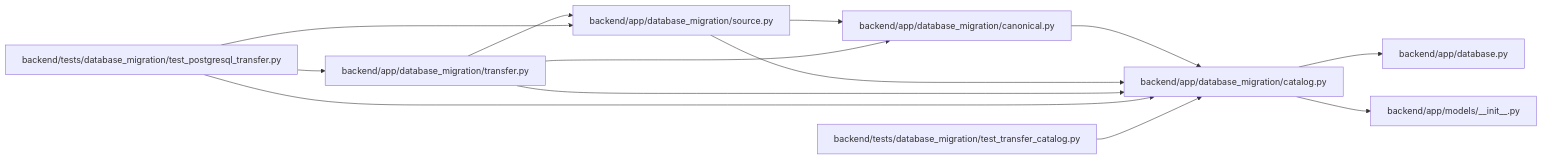
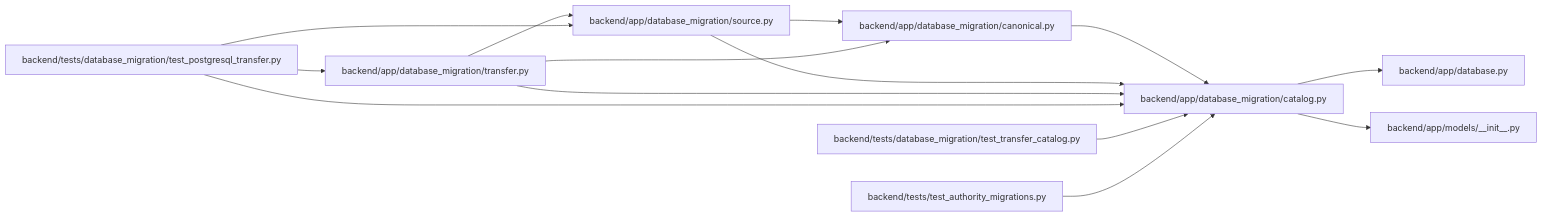
One commit to Denissvgn/WorkChord changed the diagram in docs/llm_wiki/modules/catalog.md. Above: the diagram before and after it, drawn with Mermaid. The commit also changed other lines of this file and 958 other files, not shown here.

First line of the commit message:
docs(wiki): refresh identity and recovery architecture

````diff
--- a/docs/llm_wiki/modules/catalog.md
+++ b/docs/llm_wiki/modules/catalog.md
@@ -25,31 +25,34 @@
 ```mermaid
 flowchart LR
     n0["backend/app/database.py"]
     n1["backend/app/database_migration/canonical.py"]
     n2["backend/app/database_migration/catalog.py"]
     n3["backend/app/database_migration/source.py"]
     n4["backend/app/database_migration/transfer.py"]
     n5["backend/app/models/__init__.py"]
     n6["backend/tests/database_migration/test_postgresql_transfer.py"]
     n7["backend/tests/database_migration/test_transfer_catalog.py"]
+    n8["backend/tests/test_authority_migrations.py"]
     n1 --> n2
     n2 --> n0
     n2 --> n5
     n3 --> n1
     n3 --> n2
     n4 --> n1
     n4 --> n2
     n4 --> n3
     n6 --> n2
     n6 --> n3
     n6 --> n4
     n7 --> n2
+    n8 --> n2
     click n0 "../modules/app_database.md"
     click n1 "../modules/database_migration_canonical.md"
     click n2 "../modules/catalog.md"
     click n3 "../modules/source.md"
     click n4 "../modules/transfer.md"
     click n5 "../modules/models___init__.md"
     click n6 "../modules/test_postgresql_transfer.md"
     click n7 "../modules/test_transfer_catalog.md"
+    click n8 "../modules/test_authority_migrations.md"
 ```
````
